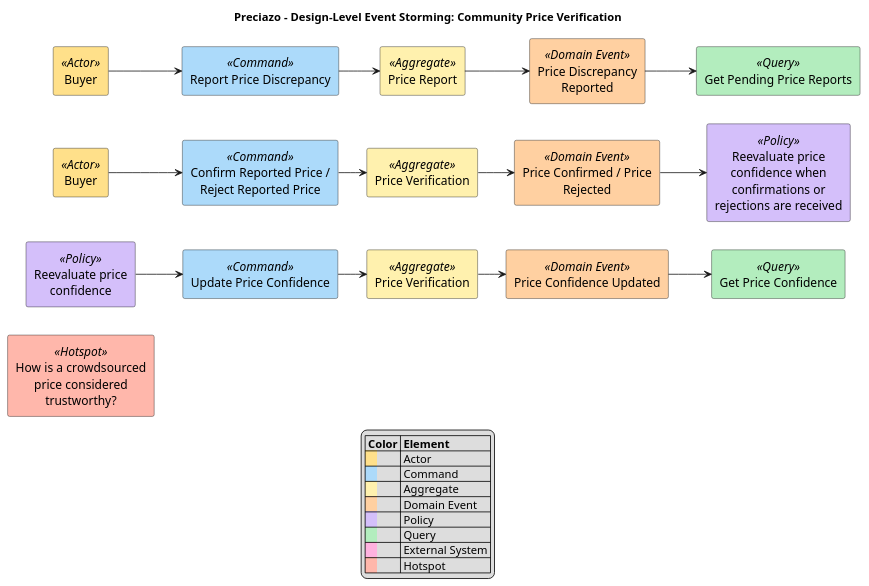
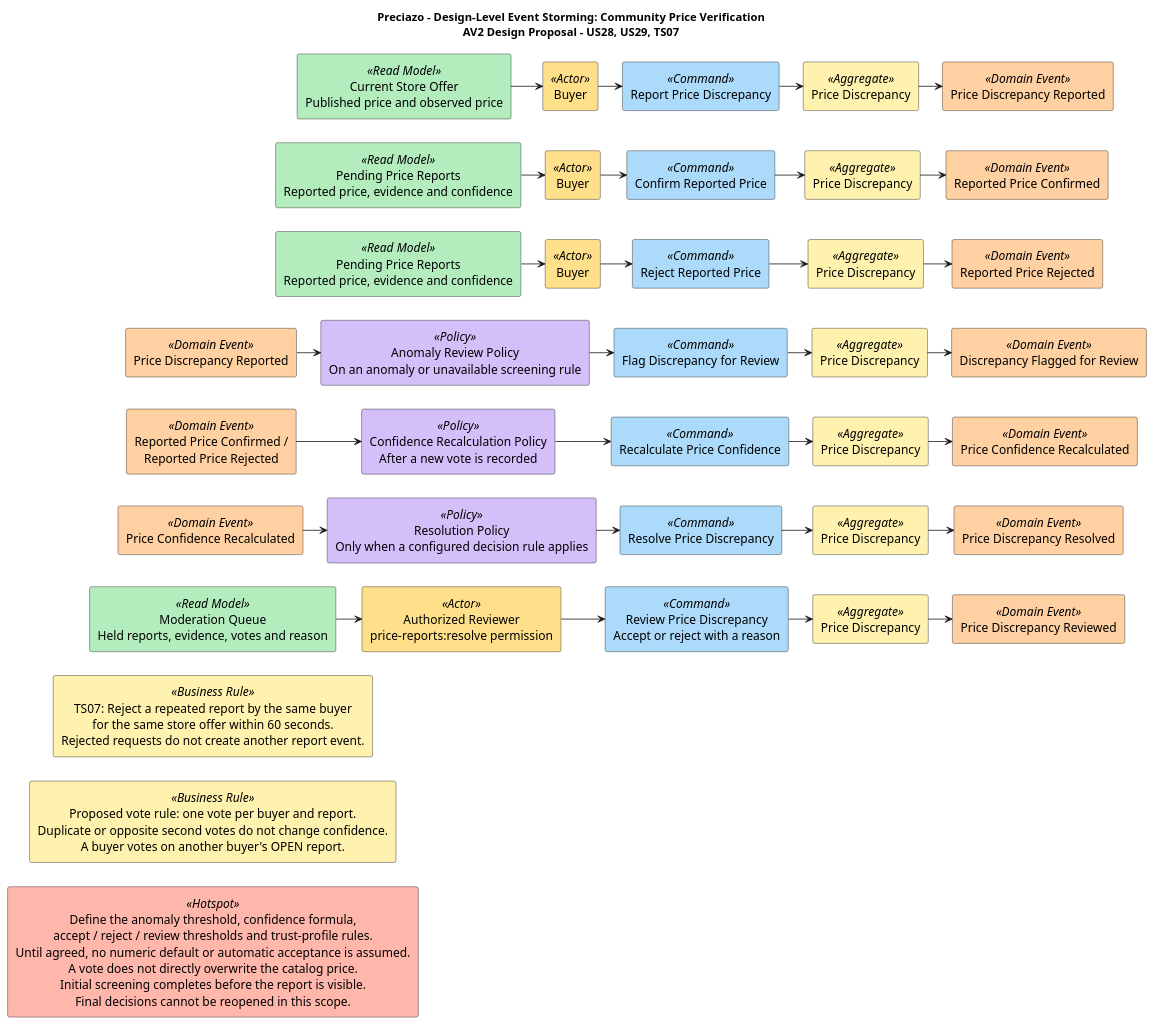
The diagram in docs/architecture/event-storming/community-price-verification.puml (Open-Source-1ASI0729-2620-7750/preciazo-report), drawn with PlantUML before and after one commit. The commit also changed 11 other files, not shown here.

Commit message:
docs(community-verification): refine AV2 backend design and moderation

```diff
--- a/docs/architecture/event-storming/community-price-verification.puml
+++ b/docs/architecture/event-storming/community-price-verification.puml
@@ -1,58 +1,121 @@
 @startuml Preciazo_Event_Storming_community_price_verification
-left to right direction
-title Preciazo - Design-Level Event Storming: Community Price Verification
+top to bottom direction
+title
+Preciazo - Design-Level Event Storming: Community Price Verification
+AV2 Design Proposal - US28, US29, TS07
+end title
 skinparam shadowing false
 skinparam defaultFontSize 15
 skinparam defaultTextAlignment center
-skinparam nodesep 35
-skinparam ranksep 35
+skinparam nodesep 30
+skinparam ranksep 30
 skinparam rectanglePadding 12
 
-rectangle "Buyer" as n0_0 <<Actor>> #FFE08A
-rectangle "Report Price Discrepancy" as n0_1 <<Command>> #ACDAFA
-rectangle "Price Report" as n0_2 <<Aggregate>> #FFF1AE
-rectangle "Price Discrepancy\nReported" as n0_3 <<Domain Event>> #FFD0A1
-rectangle "Get Pending Price Reports" as n0_4 <<Query>> #B3EDBE
-n0_0 --> n0_1
-n0_1 --> n0_2
-n0_2 --> n0_3
-n0_3 --> n0_4
+rectangle "Current Store Offer\nPublished price and observed price" as input0 <<Read Model>> #B3EDBE
+rectangle "Buyer" as trigger0 <<Actor>> #FFE08A
+rectangle "Report Price Discrepancy" as command0 <<Command>> #ACDAFA
+rectangle "Price Discrepancy" as aggregate0 <<Aggregate>> #FFF1AE
+rectangle "Price Discrepancy Reported" as event0 <<Domain Event>> #FFD0A1
+input0 -right-> trigger0
+trigger0 -right-> command0
+command0 -right-> aggregate0
+aggregate0 -right-> event0
 
-rectangle "Buyer" as n1_0 <<Actor>> #FFE08A
-rectangle "Confirm Reported Price /\nReject Reported Price" as n1_1 <<Command>> #ACDAFA
-rectangle "Price Verification" as n1_2 <<Aggregate>> #FFF1AE
-rectangle "Price Confirmed / Price\nRejected" as n1_3 <<Domain Event>> #FFD0A1
-rectangle "Reevaluate price\nconfidence when\nconfirmations or\nrejections are received" as n1_4 <<Policy>> #D4BFFA
-n1_0 --> n1_1
-n1_1 --> n1_2
-n1_2 --> n1_3
-n1_3 --> n1_4
+rectangle "Pending Price Reports\nReported price, evidence and confidence" as input1 <<Read Model>> #B3EDBE
+rectangle "Buyer" as trigger1 <<Actor>> #FFE08A
+rectangle "Confirm Reported Price" as command1 <<Command>> #ACDAFA
+rectangle "Price Discrepancy" as aggregate1 <<Aggregate>> #FFF1AE
+rectangle "Reported Price Confirmed" as event1 <<Domain Event>> #FFD0A1
+input1 -right-> trigger1
+trigger1 -right-> command1
+command1 -right-> aggregate1
+aggregate1 -right-> event1
 
-rectangle "Reevaluate price\nconfidence" as n2_0 <<Policy>> #D4BFFA
-rectangle "Update Price Confidence" as n2_1 <<Command>> #ACDAFA
-rectangle "Price Verification" as n2_2 <<Aggregate>> #FFF1AE
-rectangle "Price Confidence Updated" as n2_3 <<Domain Event>> #FFD0A1
-rectangle "Get Price Confidence" as n2_4 <<Query>> #B3EDBE
-n2_0 --> n2_1
-n2_1 --> n2_2
-n2_2 --> n2_3
-n2_3 --> n2_4
+rectangle "Pending Price Reports\nReported price, evidence and confidence" as input2 <<Read Model>> #B3EDBE
+rectangle "Buyer" as trigger2 <<Actor>> #FFE08A
+rectangle "Reject Reported Price" as command2 <<Command>> #ACDAFA
+rectangle "Price Discrepancy" as aggregate2 <<Aggregate>> #FFF1AE
+rectangle "Reported Price Rejected" as event2 <<Domain Event>> #FFD0A1
+input2 -right-> trigger2
+trigger2 -right-> command2
+command2 -right-> aggregate2
+aggregate2 -right-> event2
 
-rectangle "How is a crowdsourced\nprice considered\ntrustworthy?" as n3_0 <<Hotspot>> #FFB7AB
+rectangle "Price Discrepancy Reported" as input3 <<Domain Event>> #FFD0A1
+rectangle "Anomaly Review Policy\nOn an anomaly or unavailable screening rule" as trigger3 <<Policy>> #D4BFFA
+rectangle "Flag Discrepancy for Review" as command3 <<Command>> #ACDAFA
+rectangle "Price Discrepancy" as aggregate3 <<Aggregate>> #FFF1AE
+rectangle "Discrepancy Flagged for Review" as event3 <<Domain Event>> #FFD0A1
+input3 -right-> trigger3
+trigger3 -right-> command3
+command3 -right-> aggregate3
+aggregate3 -right-> event3
 
-n0_0 -[hidden,norank]down-> n1_0
-n1_0 -[hidden,norank]down-> n2_0
-n2_0 -[hidden,norank]down-> n3_0
+rectangle "Reported Price Confirmed /\nReported Price Rejected" as input4 <<Domain Event>> #FFD0A1
+rectangle "Confidence Recalculation Policy\nAfter a new vote is recorded" as trigger4 <<Policy>> #D4BFFA
+rectangle "Recalculate Price Confidence" as command4 <<Command>> #ACDAFA
+rectangle "Price Discrepancy" as aggregate4 <<Aggregate>> #FFF1AE
+rectangle "Price Confidence Recalculated" as event4 <<Domain Event>> #FFD0A1
+input4 -right-> trigger4
+trigger4 -right-> command4
+command4 -right-> aggregate4
+aggregate4 -right-> event4
 
-legend bottom
-|= Color |= Element |
-|<back:#FFE08A>    </back>| Actor |
-|<back:#ACDAFA>    </back>| Command |
-|<back:#FFF1AE>    </back>| Aggregate |
-|<back:#FFD0A1>    </back>| Domain Event |
-|<back:#D4BFFA>    </back>| Policy |
-|<back:#B3EDBE>    </back>| Query |
-|<back:#FFB2DF>    </back>| External System |
-|<back:#FFB7AB>    </back>| Hotspot |
-endlegend
+rectangle "Price Confidence Recalculated" as input5 <<Domain Event>> #FFD0A1
+rectangle "Resolution Policy\nOnly when a configured decision rule applies" as trigger5 <<Policy>> #D4BFFA
+rectangle "Resolve Price Discrepancy" as command5 <<Command>> #ACDAFA
+rectangle "Price Discrepancy" as aggregate5 <<Aggregate>> #FFF1AE
+rectangle "Price Discrepancy Resolved" as event5 <<Domain Event>> #FFD0A1
+input5 -right-> trigger5
+trigger5 -right-> command5
+command5 -right-> aggregate5
+aggregate5 -right-> event5
+
+rectangle "Moderation Queue\nHeld reports, evidence, votes and reason" as input6 <<Read Model>> #B3EDBE
+rectangle "Authorized Reviewer\nprice-reports:resolve permission" as trigger6 <<Actor>> #FFE08A
+rectangle "Review Price Discrepancy\nAccept or reject with a reason" as command6 <<Command>> #ACDAFA
+rectangle "Price Discrepancy" as aggregate6 <<Aggregate>> #FFF1AE
+rectangle "Price Discrepancy Reviewed" as event6 <<Domain Event>> #FFD0A1
+input6 -right-> trigger6
+trigger6 -right-> command6
+command6 -right-> aggregate6
+aggregate6 -right-> event6
+
+input0 -[hidden]down-> input1
+trigger0 -[hidden]down-> trigger1
+command0 -[hidden]down-> command1
+aggregate0 -[hidden]down-> aggregate1
+event0 -[hidden]down-> event1
+input1 -[hidden]down-> input2
+trigger1 -[hidden]down-> trigger2
+command1 -[hidden]down-> command2
+aggregate1 -[hidden]down-> aggregate2
+event1 -[hidden]down-> event2
+input2 -[hidden]down-> input3
+trigger2 -[hidden]down-> trigger3
+command2 -[hidden]down-> command3
+aggregate2 -[hidden]down-> aggregate3
+event2 -[hidden]down-> event3
+input3 -[hidden]down-> input4
+trigger3 -[hidden]down-> trigger4
+command3 -[hidden]down-> command4
+aggregate3 -[hidden]down-> aggregate4
+event3 -[hidden]down-> event4
+input4 -[hidden]down-> input5
+trigger4 -[hidden]down-> trigger5
+command4 -[hidden]down-> command5
+aggregate4 -[hidden]down-> aggregate5
+event4 -[hidden]down-> event5
+
+rectangle "TS07: Reject a repeated report by the same buyer\nfor the same store offer within 60 seconds.\nRejected requests do not create another report event." as cooldown <<Business Rule>> #FFF1AE
+rectangle "Proposed vote rule: one vote per buyer and report.\nDuplicate or opposite second votes do not change confidence.\nA buyer votes on another buyer's OPEN report." as voteRule <<Business Rule>> #FFF1AE
+rectangle "Define the anomaly threshold, confidence formula,\naccept / reject / review thresholds and trust-profile rules.\nUntil agreed, no numeric default or automatic acceptance is assumed.\nA vote does not directly overwrite the catalog price.\nInitial screening completes before the report is visible.\nFinal decisions cannot be reopened in this scope." as decisions <<Hotspot>> #FFB7AB
+input5 -[hidden]down-> input6
+trigger5 -[hidden]down-> trigger6
+command5 -[hidden]down-> command6
+aggregate5 -[hidden]down-> aggregate6
+event5 -[hidden]down-> event6
+input6 -[hidden]down-> cooldown
+cooldown -[hidden]down-> voteRule
+voteRule -[hidden]down-> decisions
 @enduml
```
